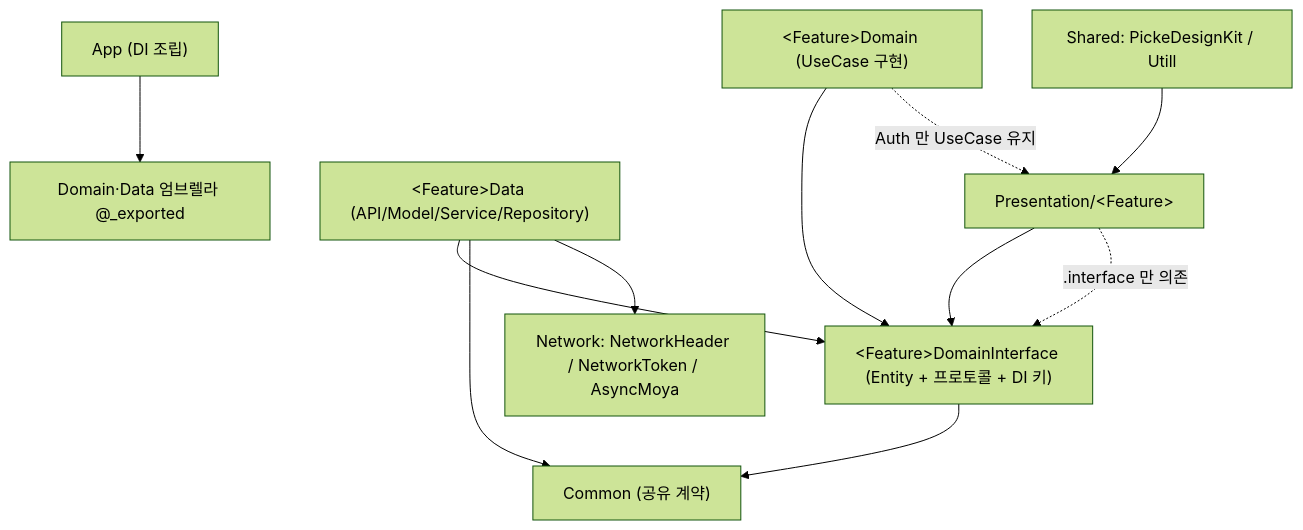
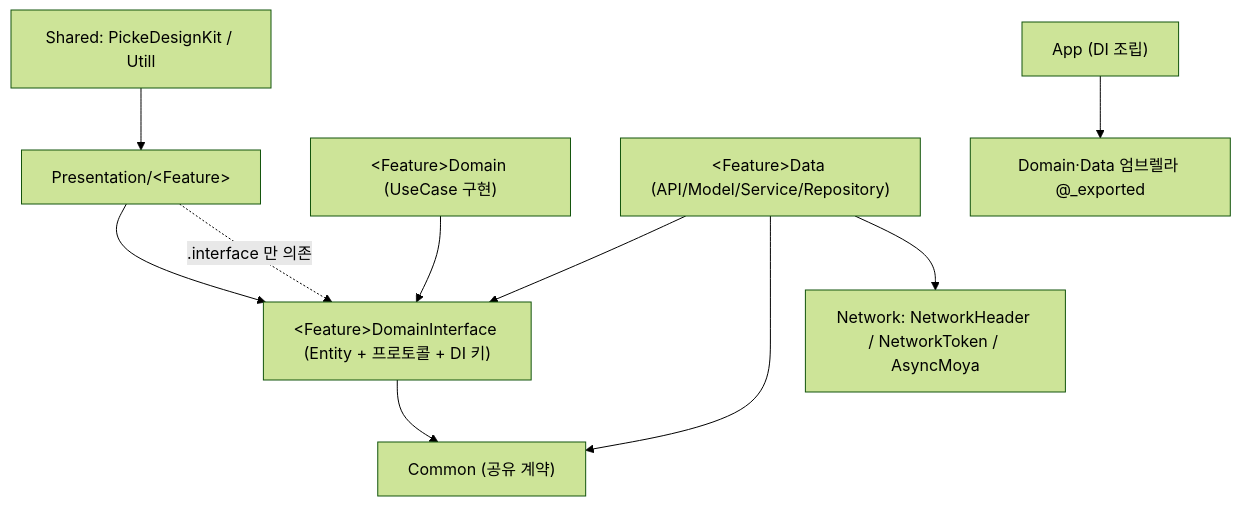
Before and after one commit to SWYP-Find/Picke-iOS: the diagram in README.md, drawn with Mermaid (forest theme). The commit also changed other lines of this file and 45 other files, not shown here.

````diff
--- a/README.md
+++ b/README.md
@@ -161,14 +161,13 @@
 ```mermaid
 graph TD
     A["Presentation/&lt;Feature&gt;"] --> B["&lt;Feature&gt;DomainInterface (Entity + 프로토콜 + DI 키)"]
     A2["&lt;Feature&gt;Domain (UseCase 구현)"] --> B
     C["&lt;Feature&gt;Data (API/Model/Service/Repository)"] --> B
     C --> CM["Common (공유 계약)"]
     B --> CM
     C --> E["Network: NetworkHeader / NetworkToken / AsyncMoya"]
     G[Shared: PickeDesignKit / Utill] --> A
     App["App (DI 조립)"] --> UMB["Domain·Data 엄브렐라 @_exported"]
 
     A -.->|.interface 만 의존| B
-    A2 -.->|Auth 만 UseCase 유지| A
 ```
````
